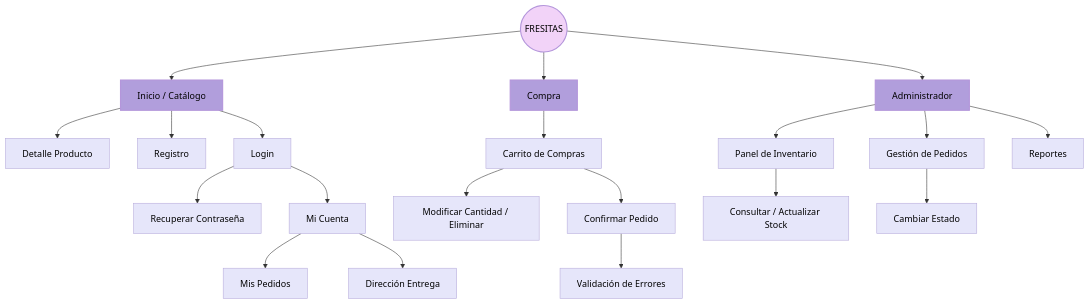
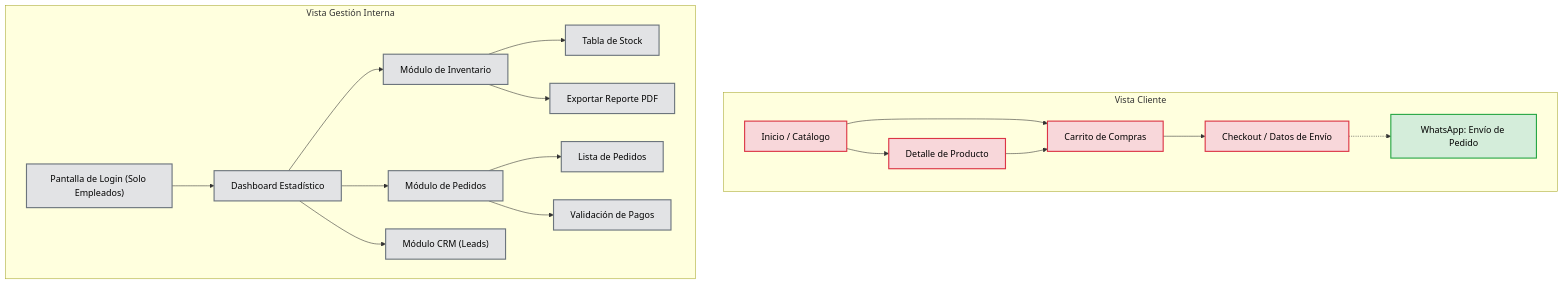
Before and after one commit to Jesusdanielseg/Etherware: the diagram in docs/07-ui-ux/01-navigation-map.md, drawn with Mermaid. The commit also changed other lines of this file and 17 other files, not shown here.

````diff
--- a/docs/07-ui-ux/01-navigation-map.md
+++ b/docs/07-ui-ux/01-navigation-map.md
@@ -13,38 +13,28 @@
 ```mermaid
 flowchart TD
-    classDef raiz fill:#F2D3F8,stroke:#B496DB,stroke-width:2px,color:#000;
-    classDef modulo fill:#B19EDC,stroke:#B496DB,stroke-width:2px,color:#000;
-    classDef pantalla fill:#E6E6FA,stroke:#B7ABDB,stroke-width:1px,color:#000;
+    classDef publico fill:#f8d7da,stroke:#dc3545,stroke-width:2px,color:#000;
+    classDef privado fill:#e2e3e5,stroke:#6c757d,stroke-width:2px,color:#000;
+    classDef wpp fill:#d4edda,stroke:#28a745,stroke-width:2px,color:#000;
 
-    A((FRESITAS)):::raiz
-  
-    %% Módulos Principales
-    A --> B[Inicio / Catálogo]:::modulo
-    A --> C[Compra]:::modulo
-    A --> D[Administrador]:::modulo
-  
-    %% Rama Inicio / Catálogo
-    B --> B1[Detalle Producto]:::pantalla
-    B --> B2[Registro]:::pantalla
-    B --> B3[Login]:::pantalla
-  
-    B3 --> B3a[Recuperar Contraseña]:::pantalla
-    B3 --> B3b[Mi Cuenta]:::pantalla
-    B3b --> B3b1[Mis Pedidos]:::pantalla
-    B3b --> B3b2[Dirección Entrega]:::pantalla
-  
-    %% Rama Compra
-    C --> C1[Carrito de Compras]:::pantalla
-    C1 --> C1a[Modificar Cantidad / Eliminar]:::pantalla
-    C1 --> C2[Confirmar Pedido]:::pantalla
-    C2 --> C2a[Validación de Errores]:::pantalla
-  
-    %% Rama Administrador (Protegida)
-    D --> D1[Panel de Inventario]:::pantalla
-    D1 --> D1a[Consultar / Actualizar Stock]:::pantalla
-  
-    D --> D2[Gestión de Pedidos]:::pantalla
-    D2 --> D2a[Cambiar Estado]:::pantalla
-  
-    D --> D3[Reportes]:::pantalla
+    subgraph Portal Público [Vista Cliente]
+        A["Inicio / Catálogo"]:::publico --> B["Detalle de Producto"]:::publico
+        A --> C["Carrito de Compras"]:::publico
+        B --> C
+        C --> D["Checkout / Datos de Envío"]:::publico
+        D -.-> WPP["WhatsApp: Envío de Pedido"]:::wpp
+    end
+
+    subgraph Portal Privado [Vista Gestión Interna]
+        L["Pantalla de Login (Solo Empleados)"]:::privado --> Dash["Dashboard Estadístico"]:::privado
+    
+        Dash --> Inv["Módulo de Inventario"]:::privado
+        Inv --> Inv1["Tabla de Stock"]:::privado
+        Inv --> Inv2["Exportar Reporte PDF"]:::privado
+    
+        Dash --> Ventas["Módulo de Pedidos"]:::privado
+        Ventas --> V1["Lista de Pedidos"]:::privado
+        Ventas --> V2["Validación de Pagos"]:::privado
+    
+        Dash --> CRM["Módulo CRM (Leads)"]:::privado
+    end
 ```
````
